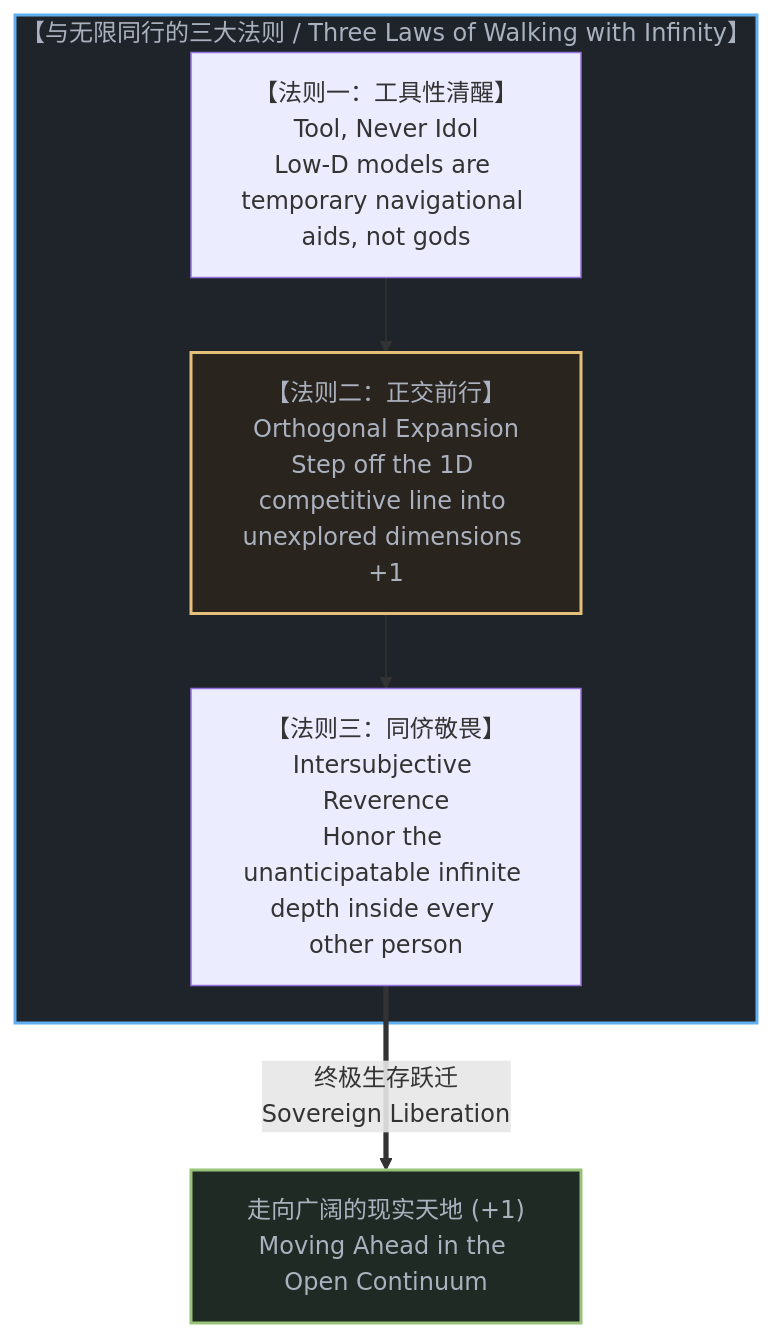
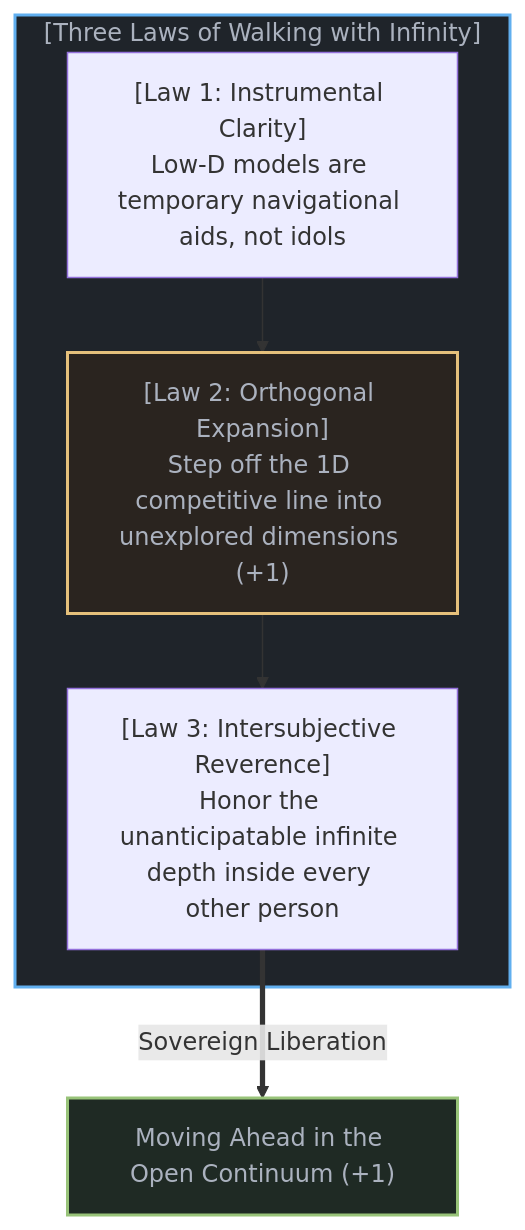
Before and after one commit to powerpig99/not-a-toe: the tenth of 10 diagrams in content/posts/the-shadow-and-the-infinite.md, drawn with Mermaid. The commit also changed other lines of this file and 7 other files, not shown here.

````diff
--- a/content/posts/the-shadow-and-the-infinite.md
+++ b/content/posts/the-shadow-and-the-infinite.md
@@ -237,17 +357,17 @@
 ```mermaid
 graph TD
-    subgraph ThreeEthicalRules["【与无限同行的三大法则 / Three Laws of Walking with Infinity】"]
-        Rule1["【法则一：工具性清醒】<br>Tool, Never Idol<br>Low-D models are temporary navigational aids, not gods"]
-        Rule2["【法则二：正交前行】<br>Orthogonal Expansion<br>Step off the 1D competitive line into unexplored dimensions +1"]
-        Rule3["【法则三：同侪敬畏】<br>Intersubjective Reverence<br>Honor the unanticipatable infinite depth inside every other person"]
+    subgraph ThreeEthicalRules["[Three Laws of Walking with Infinity]"]
+        Rule1["[Law 1: Instrumental Clarity]<br>Low-D models are temporary navigational aids, not idols"]
+        Rule2["[Law 2: Orthogonal Expansion]<br>Step off the 1D competitive line into unexplored dimensions (+1)"]
+        Rule3["[Law 3: Intersubjective Reverence]<br>Honor the unanticipatable infinite depth inside every other person"]
 
         Rule1 --> Rule2
         Rule2 --> Rule3
     end
 
-    Rule3 ==>|"终极生存跃迁<br>Sovereign Liberation"| OpenLivingField["走向广阔的现实天地 (+1)<br>Moving Ahead in the Open Continuum"]
+    Rule3 ==>|"Sovereign Liberation"| OpenLivingField["Moving Ahead in the Open Continuum (+1)"]
 
     style ThreeEthicalRules fill:#1f242a,stroke:#61afef,stroke-width:2px,color:#abb2bf
     style Rule2 fill:#2a241f,stroke:#e5c07b,stroke-width:2px,color:#abb2bf
     style OpenLivingField fill:#1f2a24,stroke:#98c379,stroke-width:2px,color:#abb2bf
 ```
````
